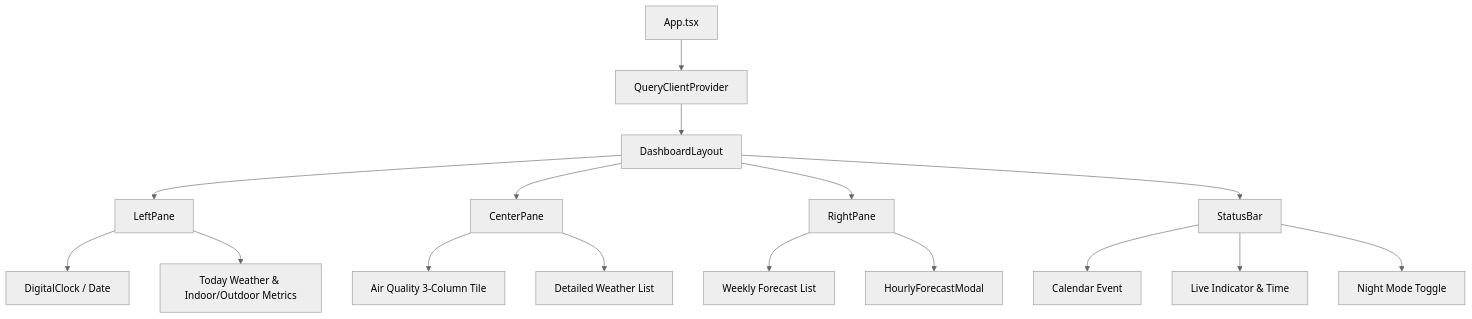
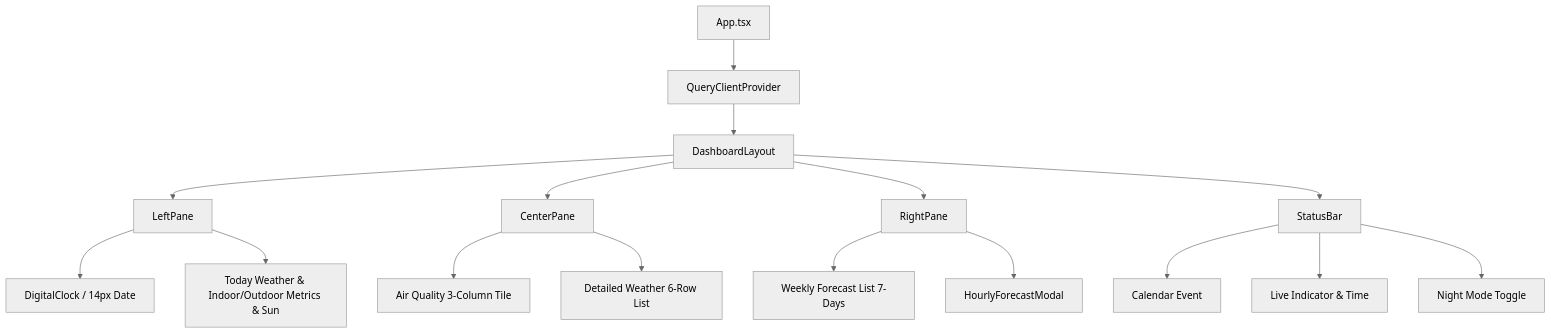
One commit to YuukiTerui/daily-station changed the diagram in DESIGN.md. Above: the diagram before and after it, drawn with Mermaid (neutral theme). The commit also changed other lines of this file and 4 other files, not shown here.

````diff
--- a/DESIGN.md
+++ b/DESIGN.md
@@ -95,22 +109,22 @@
 ```mermaid
 graph TD
     App[App.tsx] --> QC[QueryClientProvider]
     QC --> DL[DashboardLayout]
     DL --> LP[LeftPane]
     DL --> CP[CenterPane]
     DL --> RP[RightPane]
     DL --> SB[StatusBar]
 
-    LP --> Clock[DigitalClock / Date]
-    LP --> IntegratedWeather[Today Weather & Indoor/Outdoor Metrics]
+    LP --> Clock[DigitalClock / 14px Date]
+    LP --> IntegratedWeather[Today Weather & Indoor/Outdoor Metrics & Sun]
 
     CP --> AirQualityTile[Air Quality 3-Column Tile]
-    CP --> WeatherList[Detailed Weather List]
+    CP --> WeatherList[Detailed Weather 6-Row List]
 
-    RP --> WeeklyList[Weekly Forecast List]
+    RP --> WeeklyList[Weekly Forecast List 7-Days]
     RP --> Modal[HourlyForecastModal]
 
     SB --> CalendarSummary[Calendar Event]
     SB --> RefreshStatus[Live Indicator & Time]
     SB --> NightToggle[Night Mode Toggle]
 ```
````
